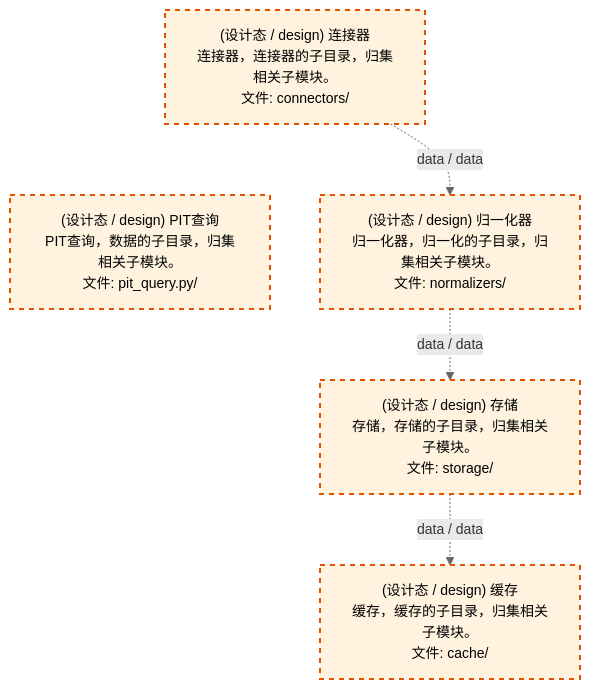
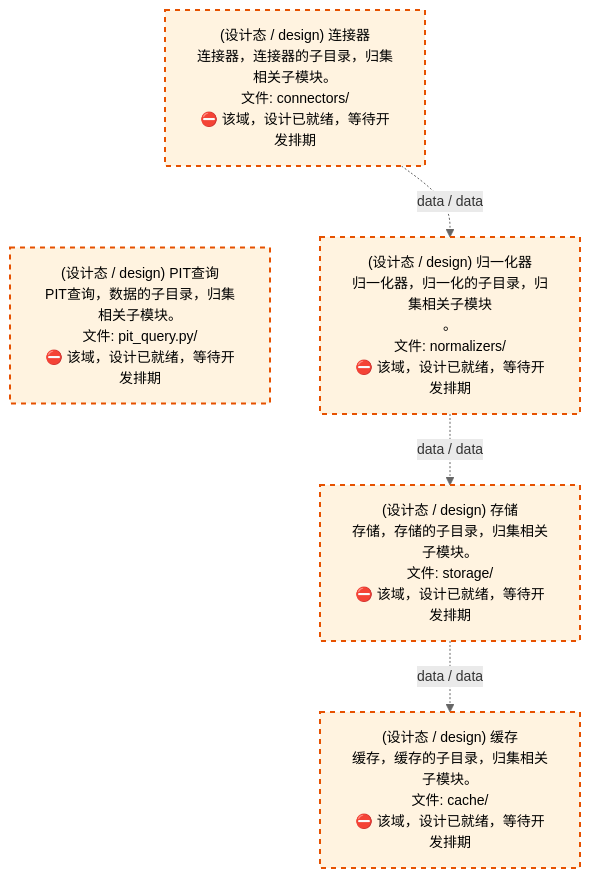
Before and after one commit to xuanFelixVan/ZephyrAlpha: the third of 4 diagrams in docs/02_enterprise_architecture/02_domain_architecture_docs/11_d_data.md, drawn with Mermaid. The commit also changed other lines of this file and 59 other files, not shown here.

````diff
--- a/docs/02_enterprise_architecture/02_domain_architecture_docs/11_d_data.md
+++ b/docs/02_enterprise_architecture/02_domain_architecture_docs/11_d_data.md
@@ -1293,18 +1293,18 @@
 ```mermaid
 %%{init: {'theme': 'base', 'themeVariables': {'primaryColor': '#eaeaea', 'primaryTextColor': '#333333', 'primaryBorderColor': '#666666', 'lineColor': '#666666', 'secondaryColor': '#eaeaea', 'tertiaryColor': '#eaeaea', 'fontSize': '14px'}}}%%
 flowchart TD
-    src_zephyr_data_connectors["(设计态 / design) 连接器<br/>连接器，连接器的子目录，归集相关子模块。<br/>文件: connectors/"]
-    src_zephyr_data_pit_query_py["(设计态 / design) PIT查询<br/>PIT查询，数据的子目录，归集相关子模块。<br/>文件: pit_query.py/"]
+    src_zephyr_data_connectors["(设计态 / design) 连接器<br/>连接器，连接器的子目录，归集相关子模块。<br/>文件: connectors/<br/>⛔ 该域，设计已就绪，等待开发排期"]
+    src_zephyr_data_pit_query_py["(设计态 / design) PIT查询<br/>PIT查询，数据的子目录，归集相关子模块。<br/>文件: pit_query.py/<br/>⛔ 该域，设计已就绪，等待开发排期"]
     src_zephyr_data_connectors ~~~ src_zephyr_data_pit_query_py
-    src_zephyr_data_normalizers["(设计态 / design) 归一化器<br/>归一化器，归一化的子目录，归集相关子模块。<br/>文件: normalizers/"]
-    src_zephyr_data_storage["(设计态 / design) 存储<br/>存储，存储的子目录，归集相关子模块。<br/>文件: storage/"]
-    src_zephyr_data_cache["(设计态 / design) 缓存<br/>缓存，缓存的子目录，归集相关子模块。<br/>文件: cache/"]
+    src_zephyr_data_normalizers["(设计态 / design) 归一化器<br/>归一化器，归一化的子目录，归集相关子模块<br/>。<br/>文件: normalizers/<br/>⛔ 该域，设计已就绪，等待开发排期"]
+    src_zephyr_data_storage["(设计态 / design) 存储<br/>存储，存储的子目录，归集相关子模块。<br/>文件: storage/<br/>⛔ 该域，设计已就绪，等待开发排期"]
+    src_zephyr_data_cache["(设计态 / design) 缓存<br/>缓存，缓存的子目录，归集相关子模块。<br/>文件: cache/<br/>⛔ 该域，设计已就绪，等待开发排期"]
     src_zephyr_data_connectors -.->|data / data| src_zephyr_data_normalizers
     src_zephyr_data_normalizers -.->|data / data| src_zephyr_data_storage
     src_zephyr_data_storage -.->|data / data| src_zephyr_data_cache
     classDef production fill:#e1f5fe,stroke:#01579b,stroke-width:2px,color:#000
     classDef design fill:#fff3e0,stroke:#e65100,stroke-width:2px,color:#000,stroke-dasharray: 5 5
     classDef external_prod fill:#e8f4fd,stroke:#0277bd,stroke-width:1px,color:#000
     classDef external_design fill:#fff8e7,stroke:#ef6c00,stroke-width:1px,color:#000,stroke-dasharray: 5 5
     class src_zephyr_data_cache,src_zephyr_data_connectors,src_zephyr_data_normalizers,src_zephyr_data_pit_query_py,src_zephyr_data_storage design
 ```
````
